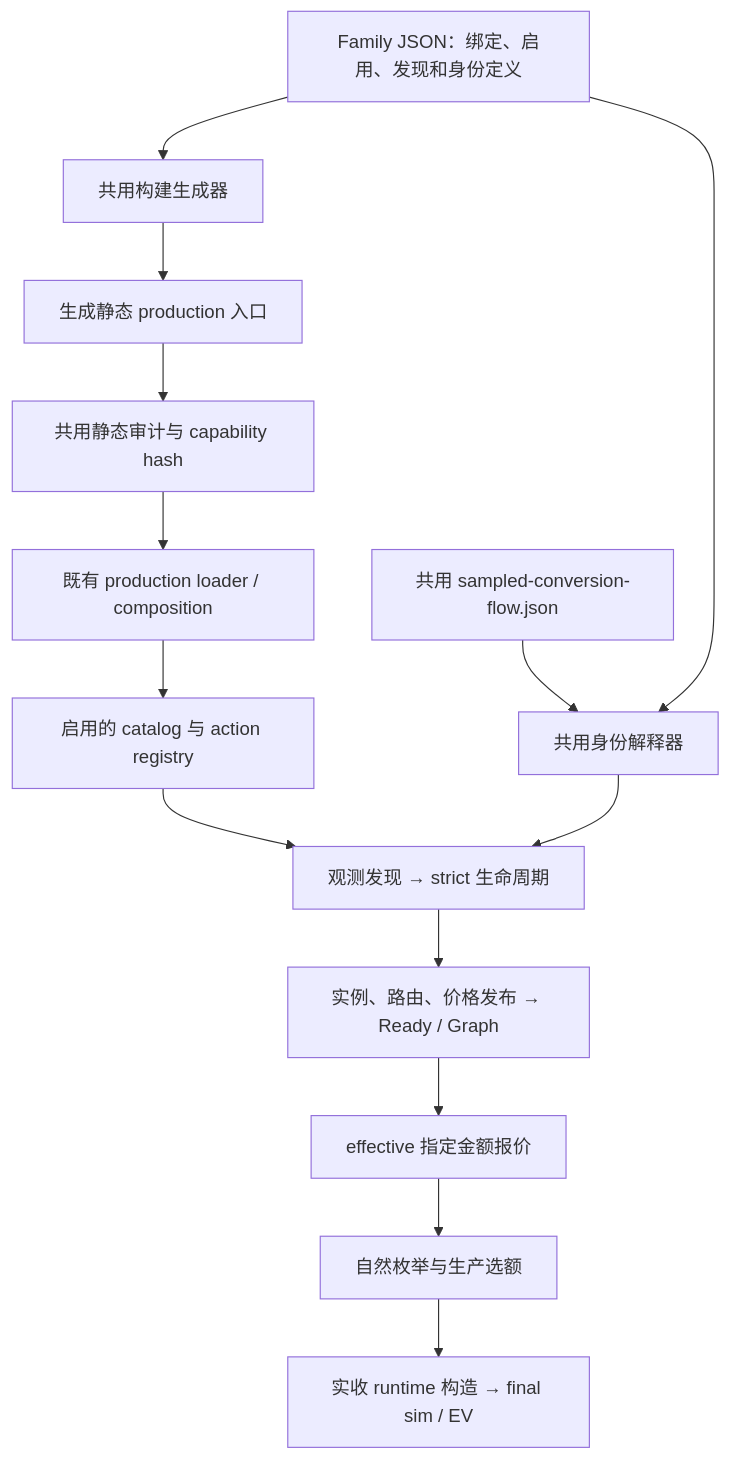
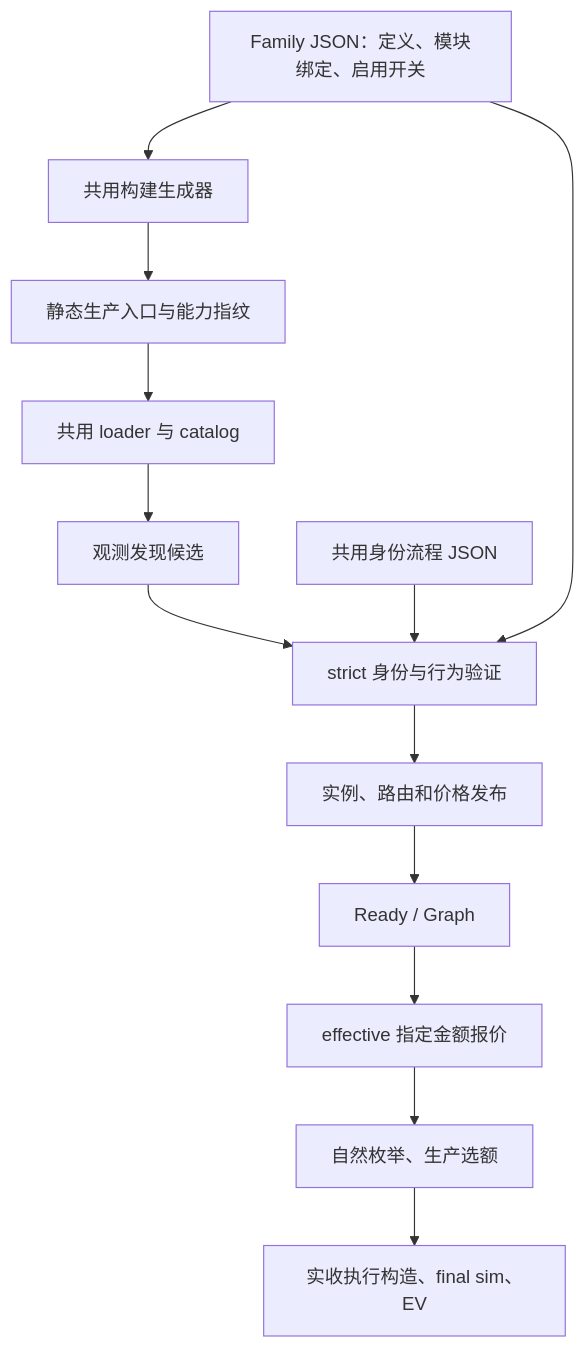
Before and after one commit to EuniceLeeee/c0ffeebabe.eth: the diagram in docs/research/design/erc4626-declarative-production-architecture-20261027.md, drawn with Mermaid. The commit also changed other lines of this file, not shown here.

Commit message:
docs: rewrite family architecture with readable JSON sections

````diff
--- a/docs/research/design/erc4626-declarative-production-architecture-20261027.md
+++ b/docs/research/design/erc4626-declarative-production-architecture-20261027.md
@@ -11,16 +11,15 @@
 ```mermaid
 flowchart TD
-    D[Family JSON：绑定、启用、发现和身份定义] --> G[共用构建生成器]
-    G --> E[生成静态 production 入口]
-    E --> A[共用静态审计与 capability hash]
-    A --> L[既有 production loader / composition]
-    L --> C[启用的 catalog 与 action registry]
-    F[共用 sampled-conversion-flow.json] --> I[共用身份解释器]
-    D --> I
-    C --> S[观测发现 → strict 生命周期]
-    I --> S
-    S --> R[实例、路由、价格发布 → Ready / Graph]
-    R --> Q[effective 指定金额报价]
-    Q --> N[自然枚举与生产选额]
-    N --> X[实收 runtime 构造 → final sim / EV]
+  J[Family JSON：定义、模块绑定、启用开关] --> B[共用构建生成器]
+  B --> G[静态生产入口与能力指纹]
+  G --> L[共用 loader 与 catalog]
+  L --> D[观测发现候选]
+  D --> I[strict 身份与行为验证]
+  F[共用身份流程 JSON] --> I
+  J --> I
+  I --> P[实例、路由和价格发布]
+  P --> R[Ready / Graph]
+  R --> E[effective 指定金额报价]
+  E --> S[自然枚举、生产选额]
+  S --> X[实收执行构造、final sim、EV]
 ```
````
